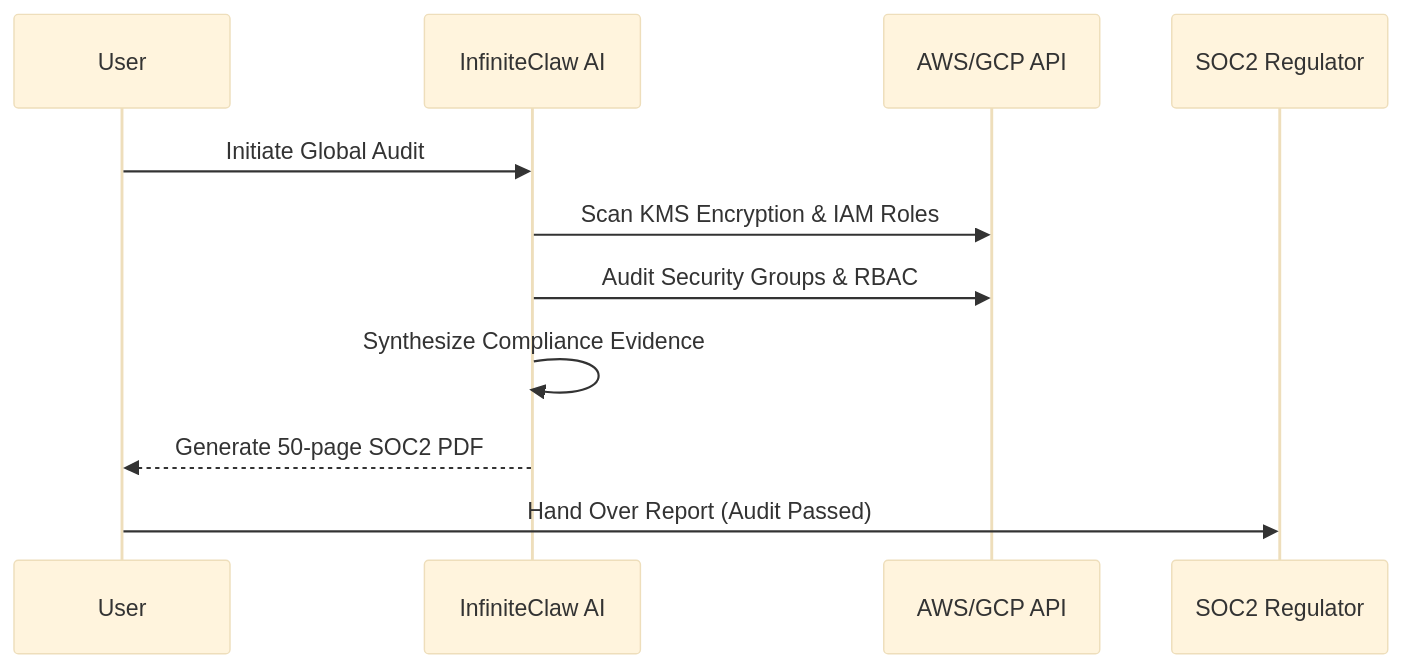
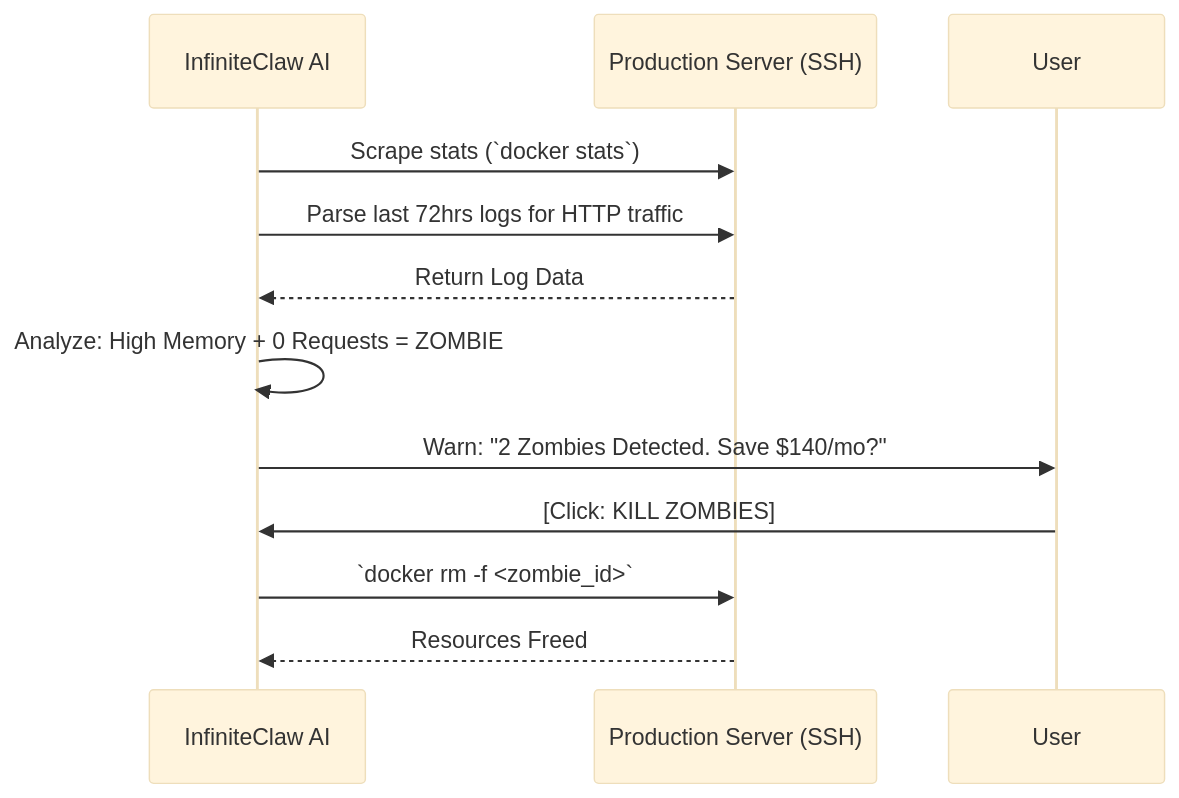
One commit to pravindev666/InfiniteClaw changed the second of 4 diagrams in README.md. Above: the diagram before and after it, drawn with Mermaid (base theme). The commit also changed other lines of this file, not shown here.

Commit message:
docs: comprehensive rewrite of README with mermaid diagrams and legal liability waiver

````diff
--- a/README.md
+++ b/README.md
@@ -74,14 +84,14 @@
 ```mermaid
 sequenceDiagram
-    participant User
     participant IC as InfiniteClaw AI
-    participant Cloud as AWS/GCP API
-    participant Auditor as SOC2 Regulator
+    participant Node as Production Server (SSH)
     
-    User->>IC: Initiate Global Audit
-    IC->>Cloud: Scan KMS Encryption & IAM Roles
-    IC->>Cloud: Audit Security Groups & RBAC
-    IC->>IC: Synthesize Compliance Evidence
-    IC-->>User: Generate 50-page SOC2 PDF
-    User->>Auditor: Hand Over Report (Audit Passed)
+    IC->>Node: Scrape stats (`docker stats`)
+    IC->>Node: Parse last 72hrs logs for HTTP traffic
+    Node-->>IC: Return Log Data
+    IC->>IC: Analyze: High Memory + 0 Requests = ZOMBIE
+    IC->>User: Warn: "2 Zombies Detected. Save $140/mo?"
+    User->>IC: [Click: KILL ZOMBIES]
+    IC->>Node: `docker rm -f <zombie_id>`
+    Node-->>IC: Resources Freed
 ```
````
